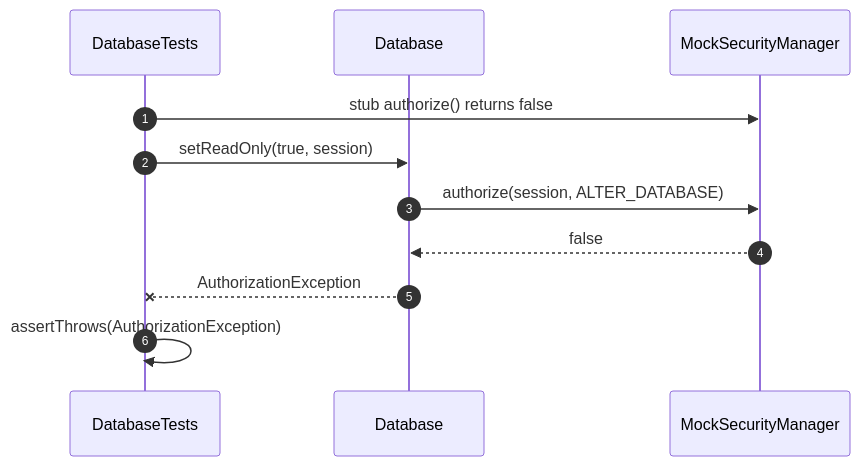
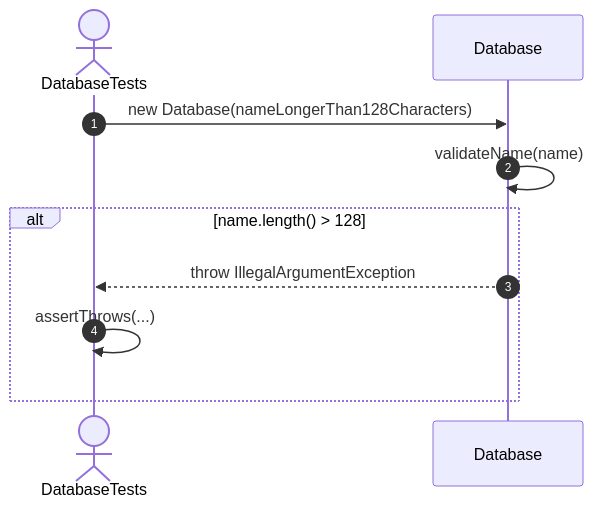
Before and after one commit to FhuAnn/-bbv-AN-s-DBMS: the seventh of 41 diagrams in src/tests/unit/database/sequences/database-testing.se.md, drawn with Mermaid. The commit also changed other lines of this file and 60 other files, not shown here.

````diff
--- a/src/tests/unit/database/sequences/database-testing.se.md
+++ b/src/tests/unit/database/sequences/database-testing.se.md
@@ -162,18 +174,15 @@
 ```mermaid
 sequenceDiagram
     autonumber
 
-    participant Test as DatabaseTests
-    participant Database
-    participant Security as MockSecurityManager
+    actor Test as DatabaseTests
+    participant DB as Database
 
-    Test->>Security: stub authorize() returns false
-    Test->>Database: setReadOnly(true, session)
+    Test->>DB: new Database(nameLongerThan128Characters)
+    DB->>DB: validateName(name)
 
-    Database->>Security: authorize(session, ALTER_DATABASE)
-    Security-->>Database: false
-
-    Database--xTest: AuthorizationException
-
-    Test->>Test: assertThrows(AuthorizationException)
+    alt name.length() > 128
+        DB-->>Test: throw IllegalArgumentException
+        Test->>Test: assertThrows(...)
+    end
 ```
````
